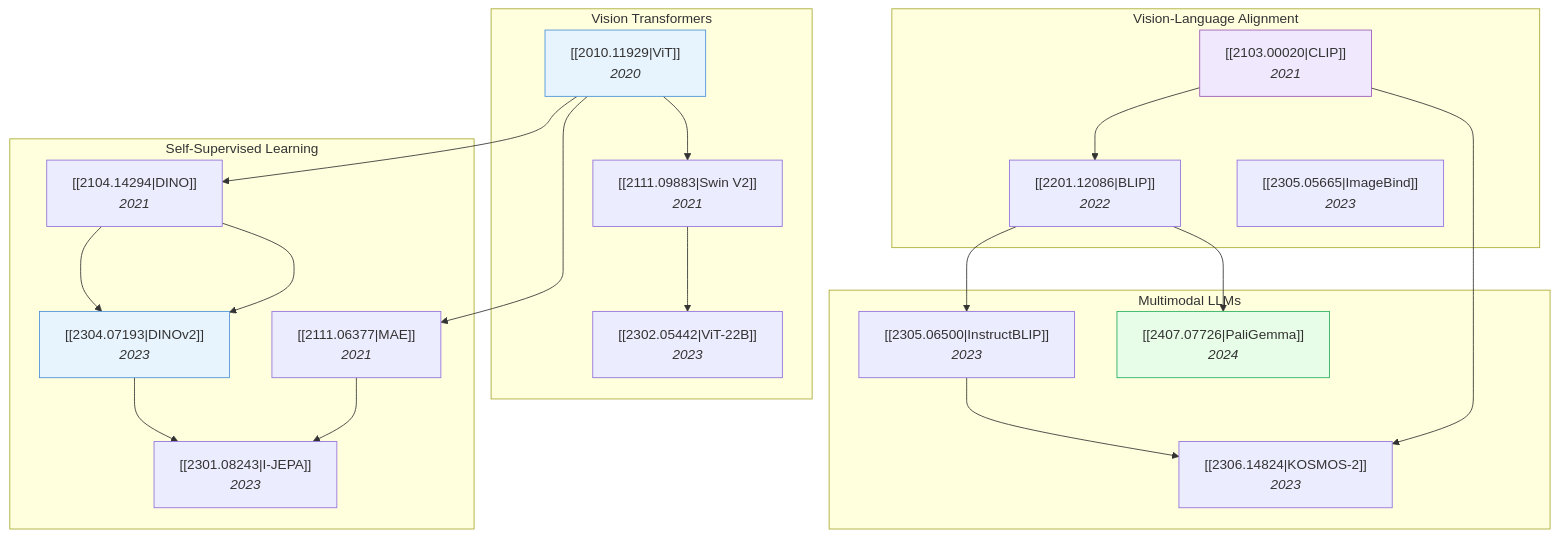
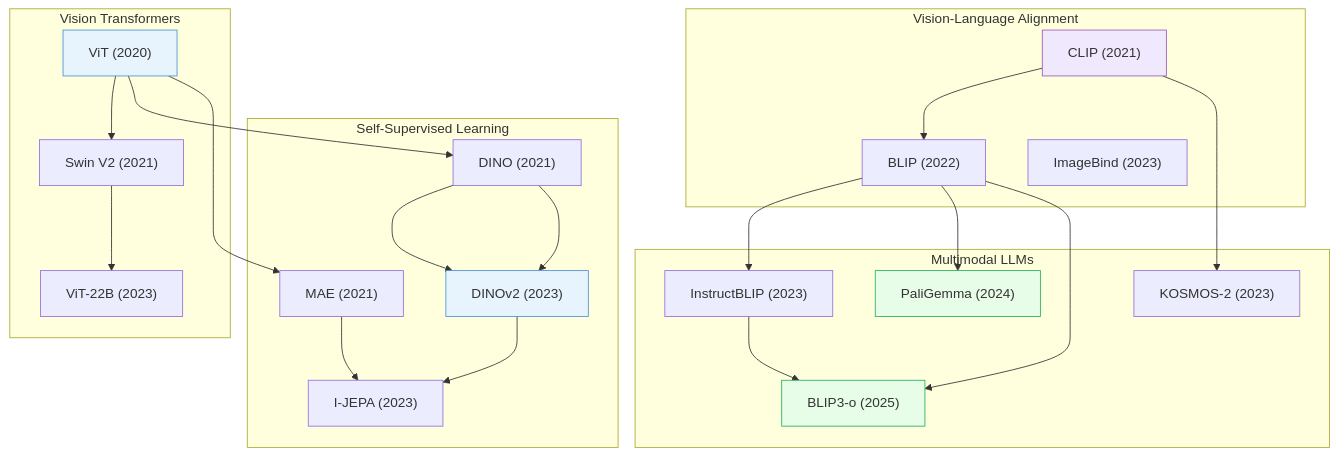
Before and after one commit to ChuaHanChong/ResearchBrain: the diagram in General/01_Foundation-Models.md, drawn with Mermaid. The commit also changed other lines of this file and 53 other files, not shown here.

````diff
--- a/General/01_Foundation-Models.md
+++ b/General/01_Foundation-Models.md
@@ -20,43 +20,46 @@
 ```mermaid
 graph TD
     subgraph "Vision Transformers"
-        A["[[2010.11929|ViT]]<br/><i>2020</i>"]
-        B["[[2111.09883|Swin V2]]<br/><i>2021</i>"]
-        C["[[2302.05442|ViT-22B]]<br/><i>2023</i>"]
+        A["ViT (2020)"]
+        B["Swin V2 (2021)"]
+        C["ViT-22B (2023)"]
     end
 
     subgraph "Self-Supervised Learning"
-        D["[[2104.14294|DINO]]<br/><i>2021</i>"]
-        E["[[2111.06377|MAE]]<br/><i>2021</i>"]
-        F["[[2304.07193|DINOv2]]<br/><i>2023</i>"]
-        G["[[2301.08243|I-JEPA]]<br/><i>2023</i>"]
+        D["DINO (2021)"]
+        E["MAE (2021)"]
+        F["DINOv2 (2023)"]
+        G["I-JEPA (2023)"]
     end
 
     subgraph "Vision-Language Alignment"
-        H["[[2103.00020|CLIP]]<br/><i>2021</i>"]
-        I["[[2201.12086|BLIP]]<br/><i>2022</i>"]
-        J["[[2305.05665|ImageBind]]<br/><i>2023</i>"]
+        H["CLIP (2021)"]
+        I["BLIP (2022)"]
+        J["ImageBind (2023)"]
     end
 
     subgraph "Multimodal LLMs"
-        K["[[2305.06500|InstructBLIP]]<br/><i>2023</i>"]
-        L["[[2306.14824|KOSMOS-2]]<br/><i>2023</i>"]
-        M["[[2407.07726|PaliGemma]]<br/><i>2024</i>"]
+        K["InstructBLIP (2023)"]
+        L["KOSMOS-2 (2023)"]
+        M["PaliGemma (2024)"]
+        N["BLIP3-o (2025)"]
     end
 
     A --> B --> C
     A --> D --> F
     A --> E
     E --> G
     H --> I --> K
     D --> F
     F --> G
     H --> L
     I --> M
-    K --> L
+    K --> N
+    I --> N
 
     style A fill:#e8f4fd,stroke:#4a90d9
     style H fill:#f0e8fd,stroke:#9b59b6
     style F fill:#e8f4fd,stroke:#4a90d9
     style M fill:#e8fde8,stroke:#27ae60
+    style N fill:#e8fde8,stroke:#27ae60
 ```
````
